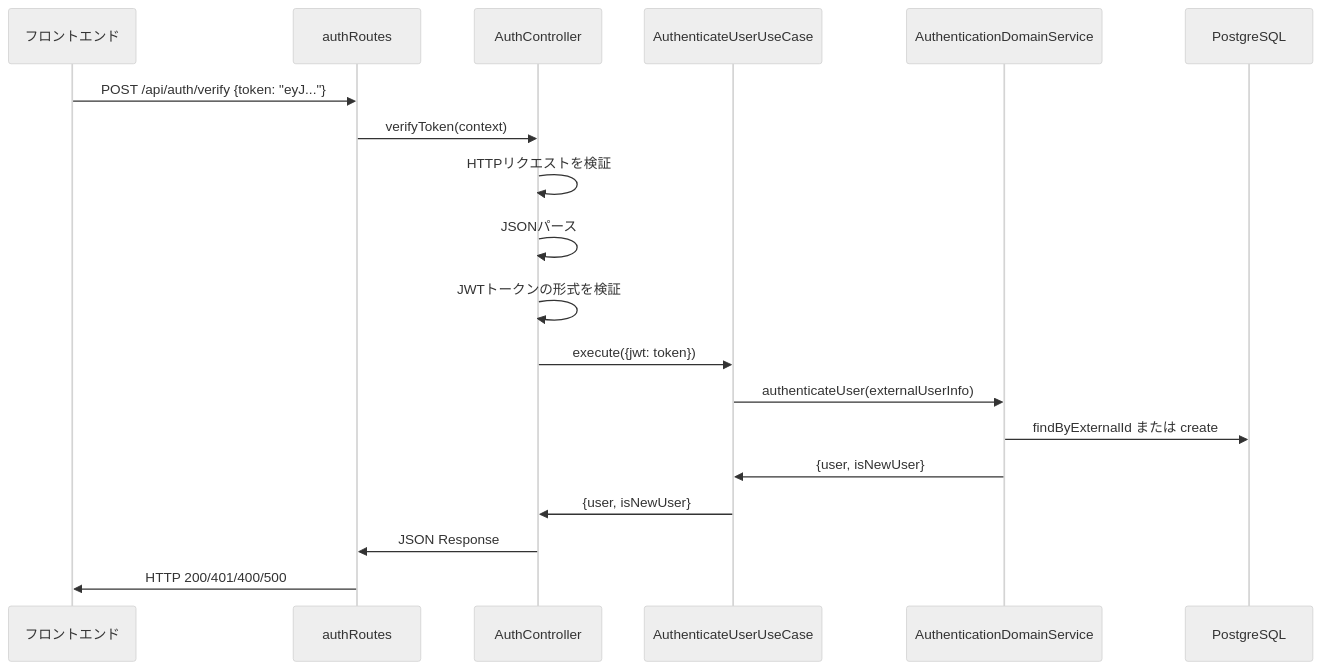
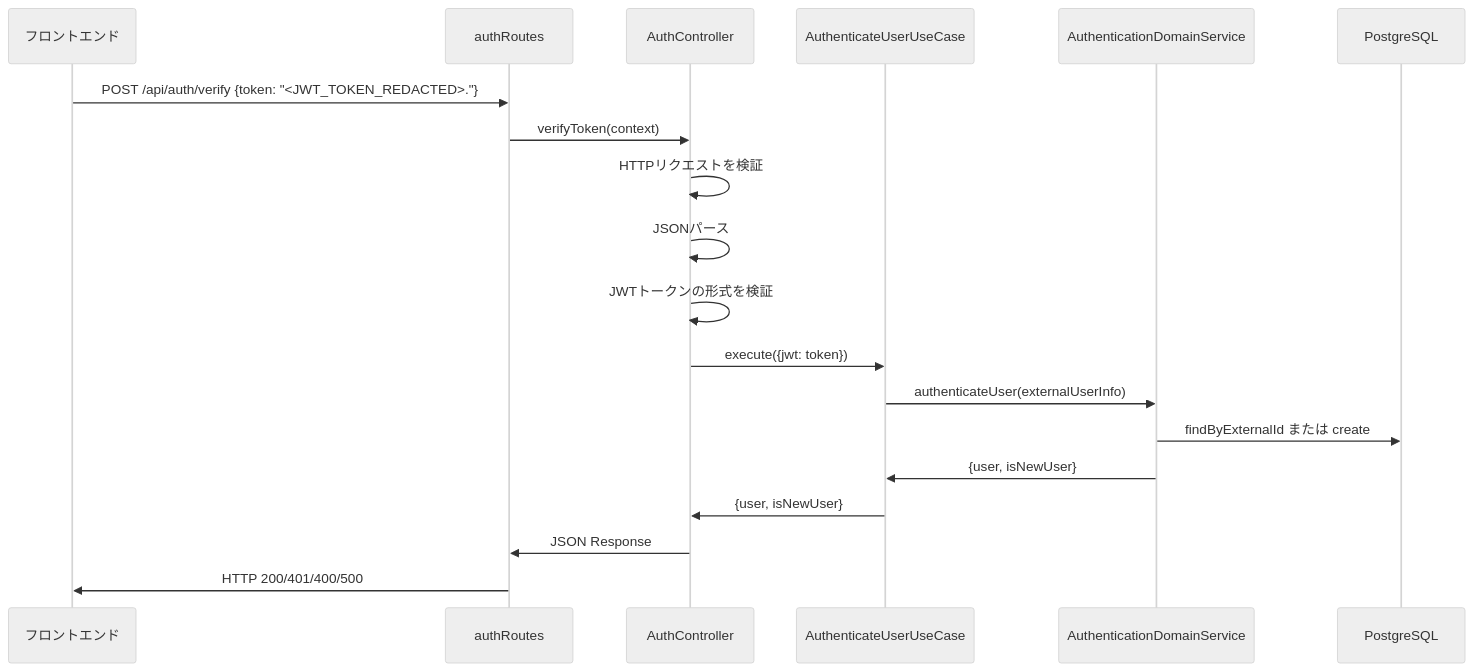
One commit to rimanem18/hoxt-backlog changed the first of 2 diagrams in docs/explan/mvp-google-auth/TASK-201-code-explan.md. Above: the diagram before and after it, drawn with Mermaid (neutral theme). The commit also changed 11 other files, not shown here.

````diff
--- a/docs/explan/mvp-google-auth/TASK-201-code-explan.md
+++ b/docs/explan/mvp-google-auth/TASK-201-code-explan.md
@@ -19,22 +19,22 @@
 ```mermaid
 sequenceDiagram
     participant Client as フロントエンド
     participant Route as authRoutes
     participant Controller as AuthController
     participant UseCase as AuthenticateUserUseCase
     participant Domain as AuthenticationDomainService
     participant DB as PostgreSQL
 
-    Client->>Route: POST /api/auth/verify {token: "eyJ..."}
+    Client->>Route: POST /api/auth/verify {token: "<JWT_TOKEN_REDACTED>."}
     Route->>Controller: verifyToken(context)
     Controller->>Controller: HTTPリクエストを検証
     Controller->>Controller: JSONパース
     Controller->>Controller: JWTトークンの形式を検証
     Controller->>UseCase: execute({jwt: token})
     UseCase->>Domain: authenticateUser(externalUserInfo)
     Domain->>DB: findByExternalId または create
     Domain->>UseCase: {user, isNewUser}
     UseCase->>Controller: {user, isNewUser}
     Controller->>Route: JSON Response
     Route->>Client: HTTP 200/401/400/500
 ```
````
